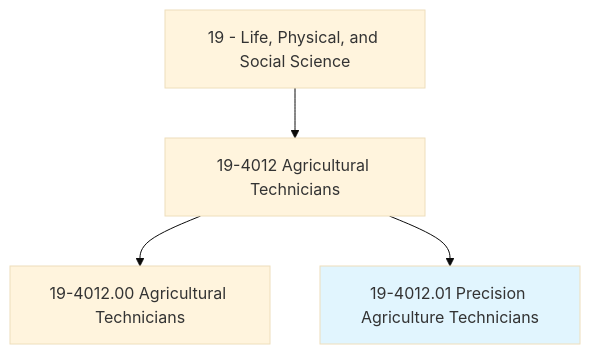
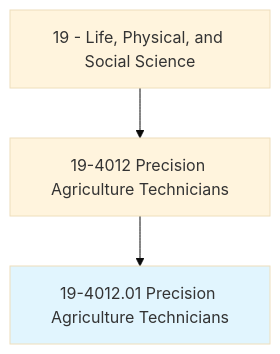
One commit to kziemski/business.org.ai changed the first of 4 diagrams in occupations/Science/PrecisionAgricultureTechnicians.mdx. Above: the diagram before and after it, drawn with Mermaid (base theme). The commit also changed other lines of this file and 938 other files, not shown here.

````diff
--- a/occupations/Science/PrecisionAgricultureTechnicians.mdx
+++ b/occupations/Science/PrecisionAgricultureTechnicians.mdx
@@ -19,7 +23,6 @@
 ```mermaid
 graph TD
-    Cat19["19 - Life, Physical, and Social Science"] --> Group194012["19-4012 Agricultural Technicians"]
-    Group194012 --> Base["19-4012.00 Agricultural Technicians"]
+    Cat19["19 - Life, Physical, and Social Science"] --> Group194012["19-4012 Precision Agriculture Technicians"]
     Group194012 --> Current["19-4012.01 Precision Agriculture Technicians"]
     style Current fill:#e1f5fe
 ```
````
